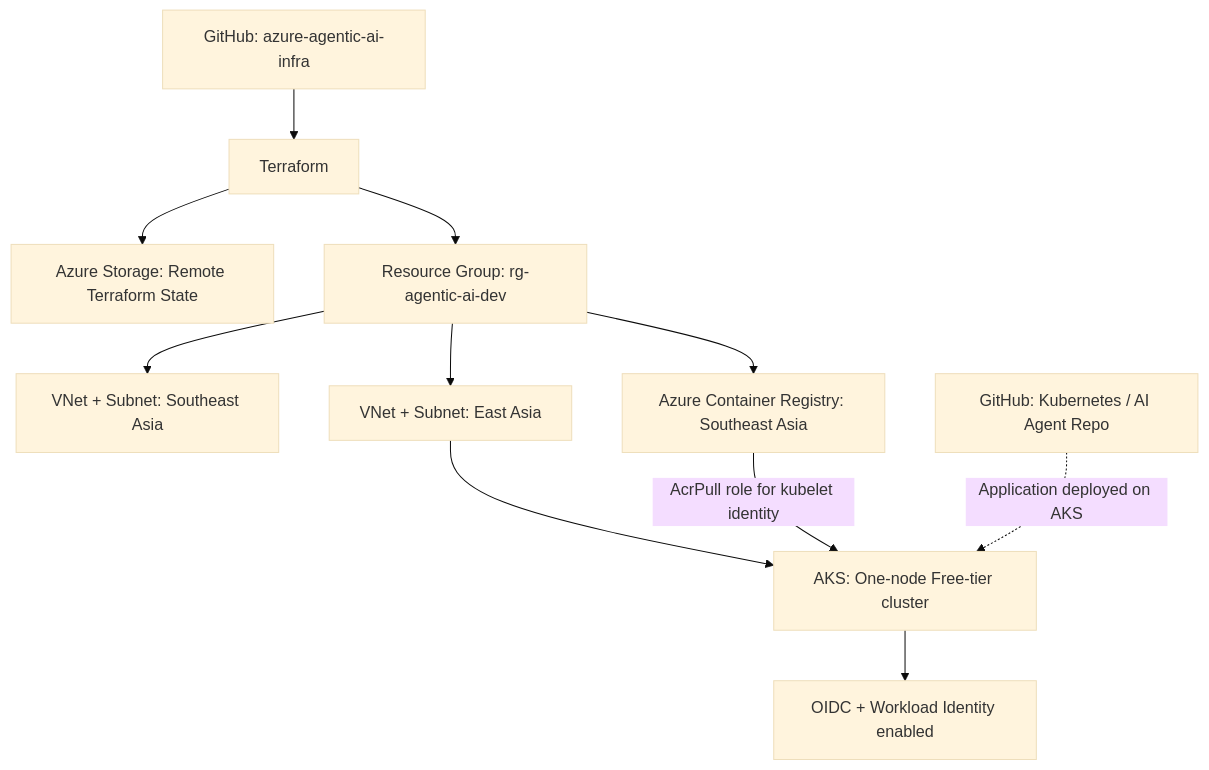
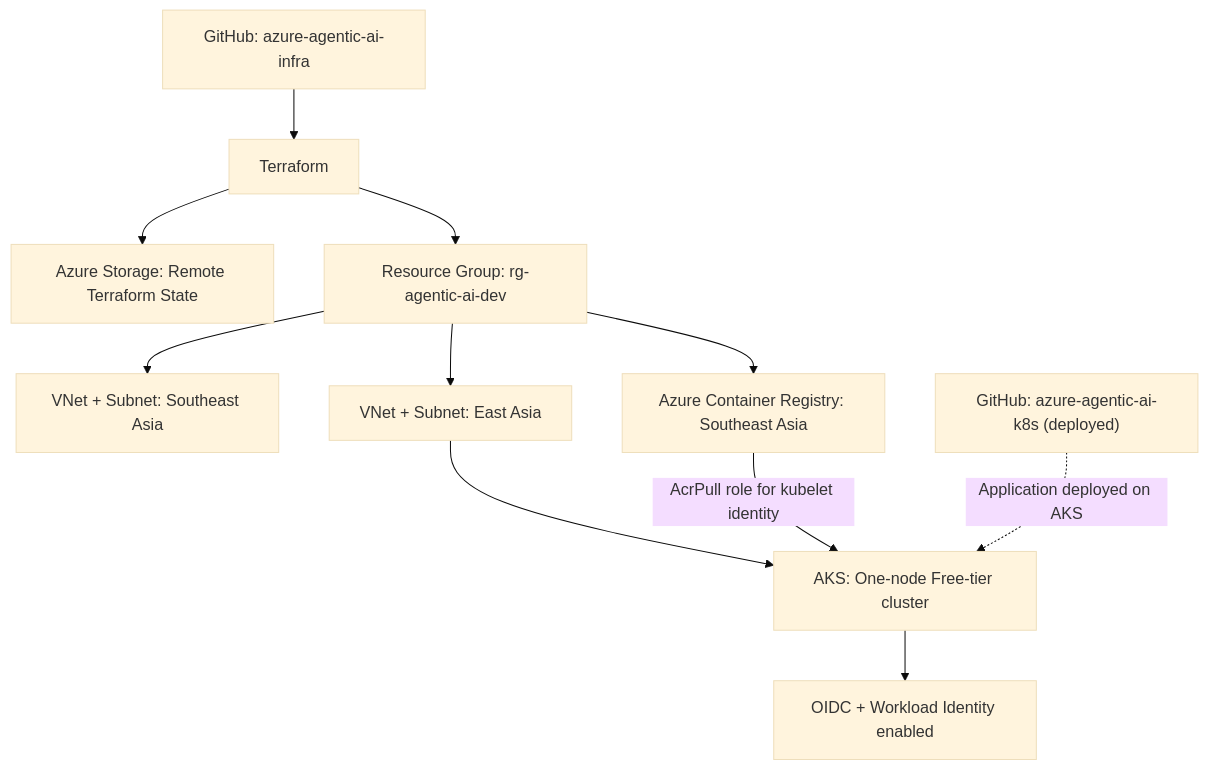
Before and after one commit to jeresel/azure-agentic-ai-infra: the diagram in README.md, drawn with Mermaid (base theme). The commit also changed other lines of this file, not shown here.

Commit message:
feat: add Azure observability, networking and workload identity infrastructure

````diff
--- a/README.md
+++ b/README.md
@@ -18,15 +18,13 @@
 ```mermaid
-
 flowchart TB
     GitHub["GitHub: azure-agentic-ai-infra"] --> TF["Terraform"]
     TF --> State["Azure Storage: Remote Terraform State"]
     TF --> RG["Resource Group: rg-agentic-ai-dev"]
     RG --> SEA["VNet + Subnet: Southeast Asia"]
     RG --> ACR["Azure Container Registry: Southeast Asia"]
     RG --> EA["VNet + Subnet: East Asia"]
     EA --> AKS["AKS: One-node Free-tier cluster"]
     AKS --> WI["OIDC + Workload Identity enabled"]
     ACR -->|"AcrPull role for kubelet identity"| AKS
-    Apps["GitHub: Kubernetes / AI Agent Repo"] -.->|"Application deployed on AKS"| AKS
-
+    Apps["GitHub: azure-agentic-ai-k8s (deployed)"] -.->|"Application deployed on AKS"| AKS
 ```
````
